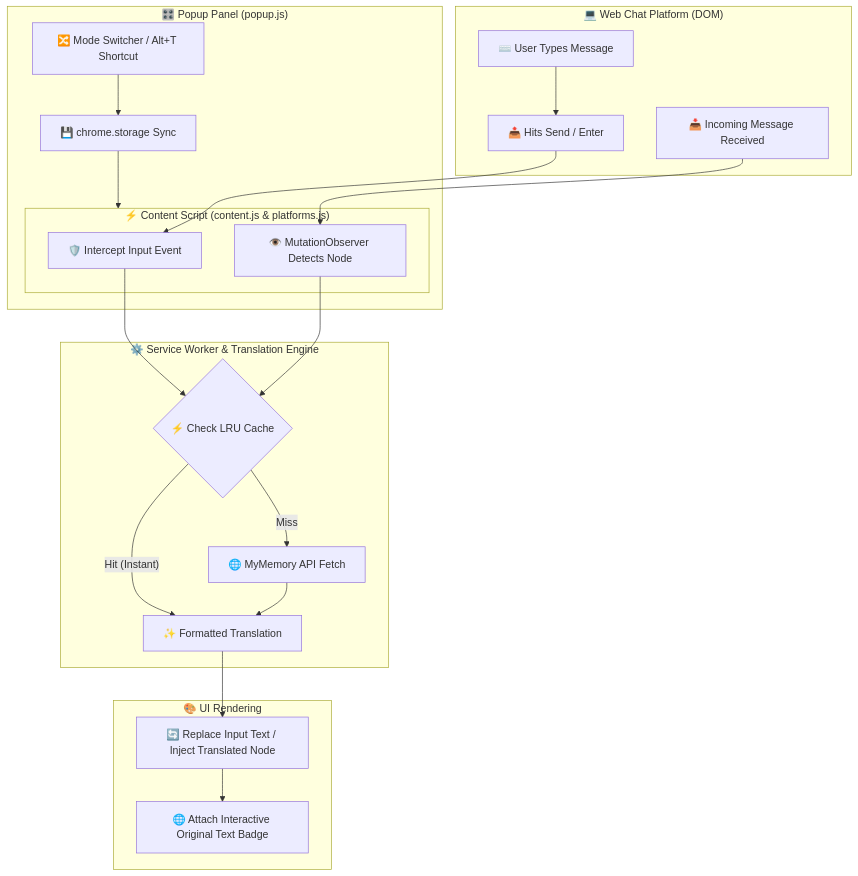
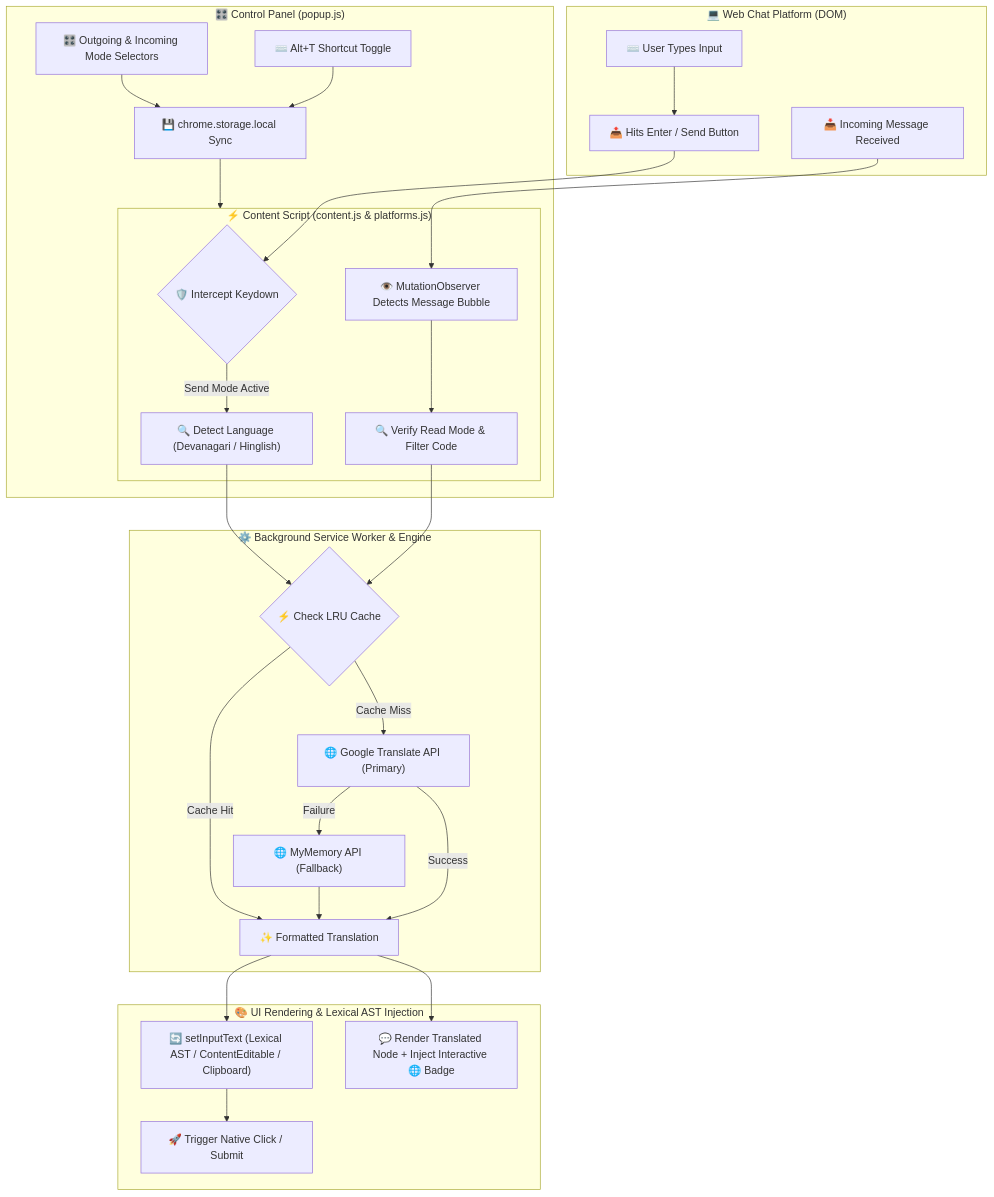
One commit to SINGH0883/TransNova changed the diagram in README.md. Above: the diagram before and after it, drawn with Mermaid. The commit also changed other lines of this file, not shown here.

Commit message:
docs: update README with comprehensive dual-engine architecture, independent modes, and diagnostic guide

````diff
--- a/README.md
+++ b/README.md
@@ -47,30 +49,36 @@
 ```mermaid
 flowchart TD
     subgraph Client ["💻 Web Chat Platform (DOM)"]
-        A["⌨️ User Types Message"] --> B["📤 Hits Send / Enter"]
+        A["⌨️ User Types Input"] --> B["📤 Hits Enter / Send Button"]
         C["📥 Incoming Message Received"]
     end
 
     subgraph ContentScript ["⚡ Content Script (content.js & platforms.js)"]
-        B --> D["🛡️ Intercept Input Event"]
-        C --> E["👁️ MutationObserver Detects Node"]
+        B --> D{"🛡️ Intercept Keydown"}
+        D -- "Send Mode Active" --> E["🔍 Detect Language (Devanagari / Hinglish)"]
+        C --> F["👁️ MutationObserver Detects Message Bubble"]
+        F --> G["🔍 Verify Read Mode & Filter Code"]
     end
 
-    subgraph BackgroundService ["⚙️ Service Worker & Translation Engine"]
-        D --> F{"⚡ Check LRU Cache"}
-        E --> F
-        F -- "Hit (Instant)" --> H["✨ Formatted Translation"]
-        F -- "Miss" --> G["🌐 MyMemory API Fetch"]
+    subgraph BackgroundService ["⚙️ Background Service Worker & Engine"]
+        E --> H{"⚡ Check LRU Cache"}
         G --> H
+        H -- "Cache Hit" --> K["✨ Formatted Translation"]
+        H -- "Cache Miss" --> I["🌐 Google Translate API (Primary)"]
+        I -- "Failure" --> J["🌐 MyMemory API (Fallback)"]
+        I -- "Success" --> K
+        J --> K
     end
 
-    subgraph DOMUpdate ["🎨 UI Rendering"]
-        H --> I["🔄 Replace Input Text / Inject Translated Node"]
-        I --> J["🌐 Attach Interactive Original Text Badge"]
+    subgraph DOMUpdate ["🎨 UI Rendering & Lexical AST Injection"]
+        K --> L["🔄 setInputText (Lexical AST / ContentEditable / Clipboard)"]
+        K --> M["💬 Render Translated Node + Inject Interactive 🌐 Badge"]
+        L --> N["🚀 Trigger Native Click / Submit"]
     end
 
-    subgraph PopupControl ["🎛️ Popup Panel (popup.js)"]
-        K["🔀 Mode Switcher / Alt+T Shortcut"] --> L["💾 chrome.storage Sync"]
-        L --> ContentScript
+    subgraph PopupControl ["🎛️ Control Panel (popup.js)"]
+        O["🎛️ Outgoing & Incoming Mode Selectors"] --> P["💾 chrome.storage.local Sync"]
+        Q["⌨️ Alt+T Shortcut Toggle"] --> P
+        P --> ContentScript
     end
 ```
````
